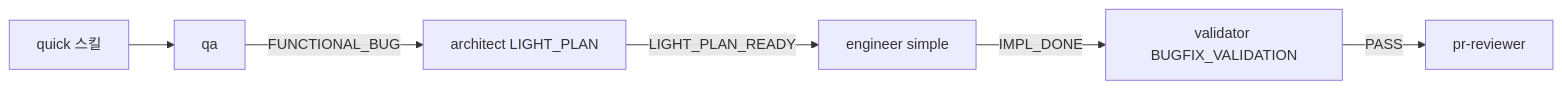
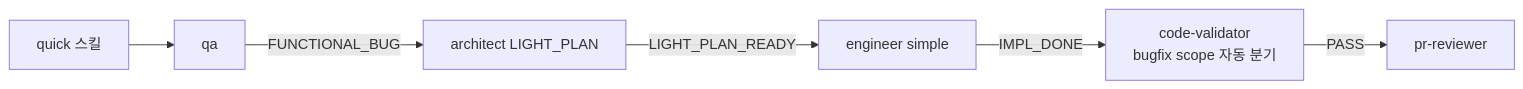
One commit to alruminum/dcNess changed the seventh of 8 diagrams in docs/plugin/orchestration.md. Above: the diagram before and after it, drawn with Mermaid. The commit also changed other lines of this file and 40 other files, not shown here.

````diff
--- a/docs/plugin/orchestration.md
+++ b/docs/plugin/orchestration.md
@@ -174,8 +174,8 @@
 ```mermaid
 flowchart LR
     quick[quick 스킬] --> qa
     qa -->|FUNCTIONAL_BUG| lp[architect LIGHT_PLAN]
     lp -->|LIGHT_PLAN_READY| eng[engineer simple]
-    eng -->|IMPL_DONE| cv[validator BUGFIX_VALIDATION]
+    eng -->|IMPL_DONE| cv[code-validator<br/>bugfix scope 자동 분기]
     cv -->|PASS| pr[pr-reviewer]
 ```
````
